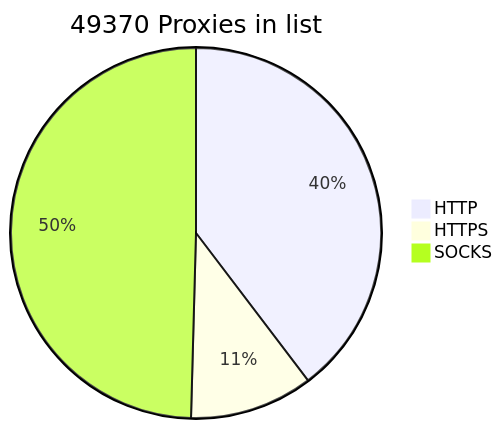
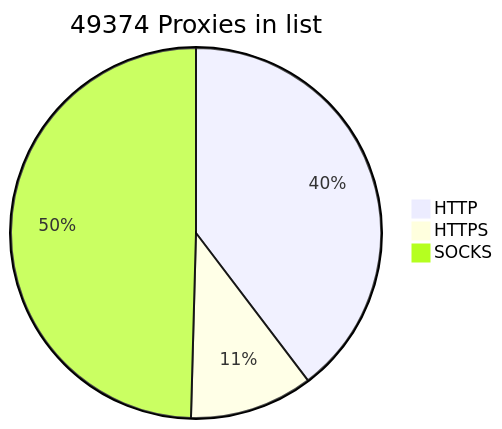
Before and after one commit to BlackSnowDot/proxylist-update-every-minute: the diagram in README.md, drawn with Mermaid.

````diff
--- a/README.md
+++ b/README.md
@@ -2,6 +2,6 @@
 ```mermaid
-pie title 49370 Proxies in list
-    "HTTP" : 21643
-    "HTTPS": 5876
+pie title 49374 Proxies in list
+    "HTTP" : 21647
+    "HTTPS": 5877
     "SOCKS" : 27051
 ```
````
